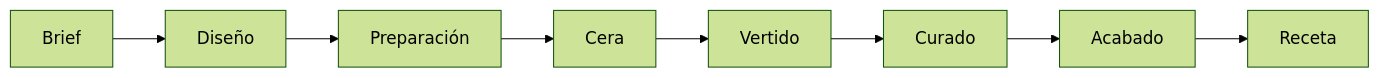
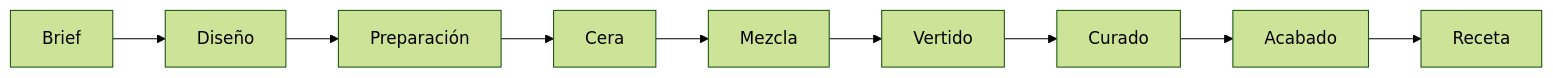
Before and after one commit to MiguelCock/ParafinaGel: the diagram in README.md, drawn with Mermaid (forest theme). The commit also changed other lines of this file and 23 other files, not shown here.

````diff
--- a/README.md
+++ b/README.md
@@ -37,4 +37,4 @@
 ```mermaid
 flowchart LR
-  A[Brief] --> B[Diseño] --> C[Preparación] --> D[Cera] --> E[Vertido] --> F[Curado] --> G[Acabado] --> H[Receta]
+  A[Brief] --> B[Diseño] --> C[Preparación] --> D[Cera] --> E[Mezcla] --> F[Vertido] --> G[Curado] --> H[Acabado] --> I[Receta]
 ```
````
